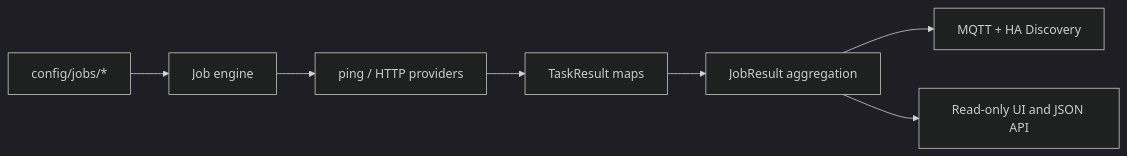
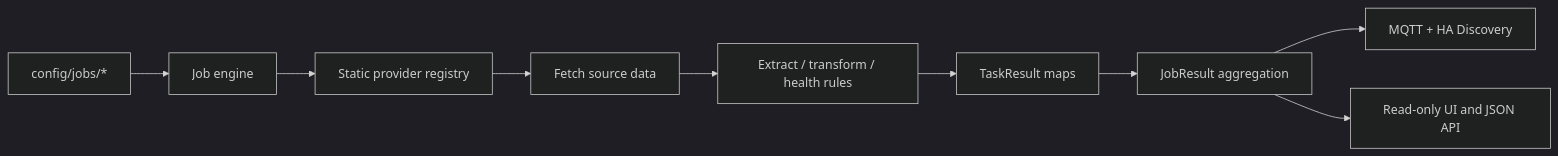
One commit to spider-su/ha-infra-agent changed the diagram in README.md. Above: the diagram before and after it, drawn with Mermaid (dark theme). The commit also changed other lines of this file and 11 other files, not shown here.

````diff
--- a/README.md
+++ b/README.md
@@ -5,9 +5,11 @@
 ```mermaid
 flowchart LR
   C[config/jobs/*] --> E[Job engine]
-  E --> P[ping / HTTP providers]
-  P --> R[TaskResult maps]
+  E --> P[Static provider registry]
+  P --> F[Fetch source data]
+  F --> X[Extract / transform / health rules]
+  X --> R[TaskResult maps]
   R --> J[JobResult aggregation]
   J --> M[MQTT + HA Discovery]
   J --> U[Read-only UI and JSON API]
 ```
````
